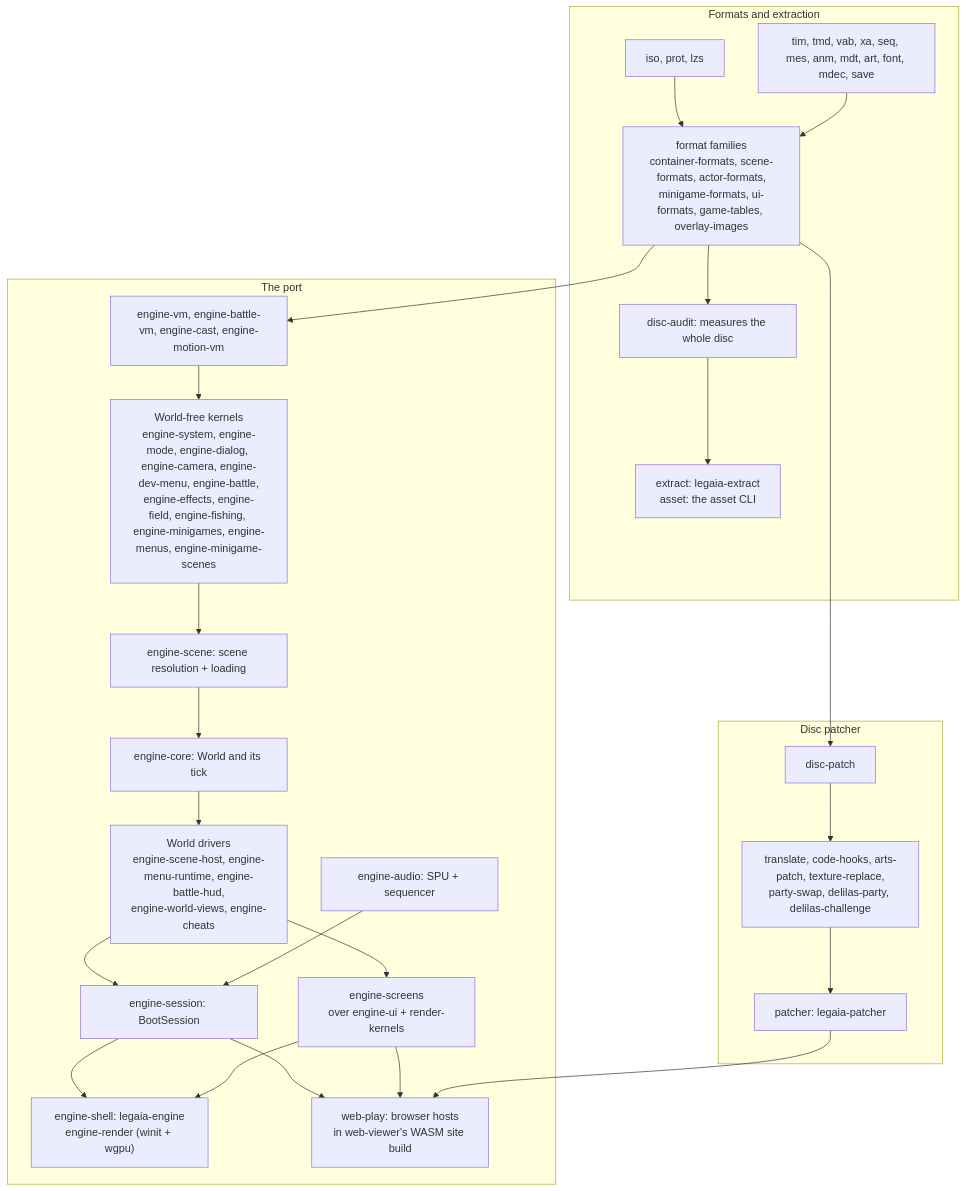
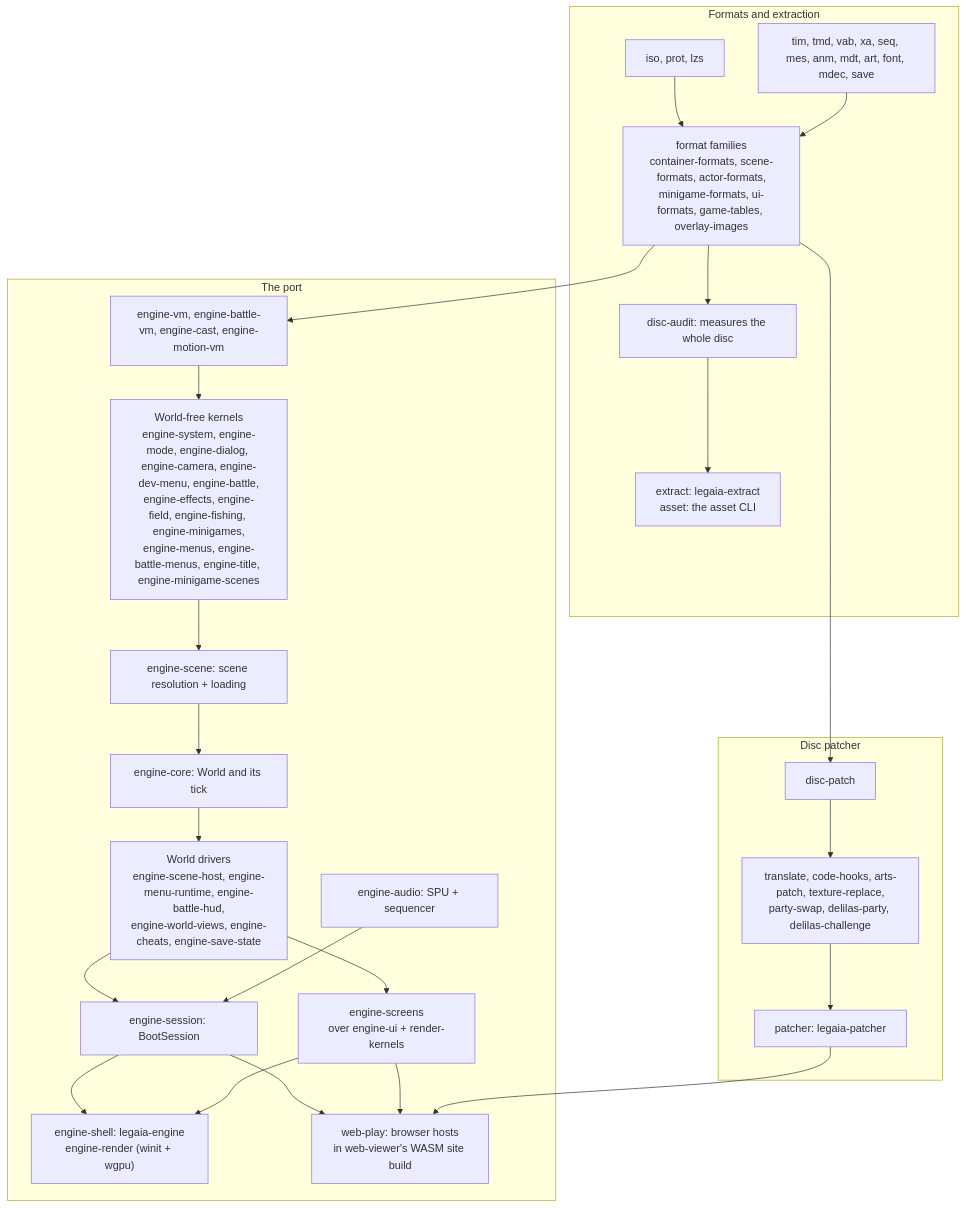
The second of 2 diagrams in docs/overview.md (AndrewAltimit/legend-of-legaia-re), drawn with Mermaid before and after one commit. The commit also changed other lines of this file and 662 other files, not shown here.

````diff
--- a/docs/overview.md
+++ b/docs/overview.md
@@ -80,44 +80,44 @@
 ```mermaid
 flowchart TD
     subgraph formats["Formats and extraction"]
         container["iso, prot, lzs"]
         hub["format families<br/>container-formats, scene-formats, actor-formats,<br/>minigame-formats, ui-formats, game-tables, overlay-images"]
         perfmt["tim, tmd, vab, xa, seq, mes, anm, mdt, art, font, mdec, save"]
         audit["disc-audit: measures the whole disc"]
         extract["extract: legaia-extract<br/>asset: the asset CLI"]
         container --> hub --> audit --> extract
         perfmt --> hub
     end
     subgraph port["The port"]
         vm["engine-vm, engine-battle-vm, engine-cast, engine-motion-vm"]
-        kernels["World-free kernels<br/>engine-system, engine-mode, engine-dialog, engine-camera, engine-dev-menu, engine-battle,<br/>engine-effects, engine-field, engine-fishing, engine-minigames, engine-menus, engine-minigame-scenes"]
+        kernels["World-free kernels<br/>engine-system, engine-mode, engine-dialog, engine-camera, engine-dev-menu, engine-battle,<br/>engine-effects, engine-field, engine-fishing, engine-minigames,<br/>engine-menus, engine-battle-menus, engine-title, engine-minigame-scenes"]
         scene["engine-scene: scene resolution + loading"]
         core["engine-core: World and its tick"]
-        drivers["World drivers<br/>engine-scene-host, engine-menu-runtime, engine-battle-hud,<br/>engine-world-views, engine-cheats"]
+        drivers["World drivers<br/>engine-scene-host, engine-menu-runtime, engine-battle-hud,<br/>engine-world-views, engine-cheats, engine-save-state"]
         audio["engine-audio: SPU + sequencer"]
         session["engine-session: BootSession"]
         present["engine-screens<br/>over engine-ui + render-kernels"]
         native["engine-shell: legaia-engine<br/>engine-render (winit + wgpu)"]
         web["web-play: browser hosts<br/>in web-viewer's WASM site build"]
         vm --> kernels
         kernels --> scene
         scene --> core
         core --> drivers
         drivers --> session
         audio --> session
         drivers --> present
         session --> native
         session --> web
         present --> native
         present --> web
     end
     subgraph mod["Disc patcher"]
         dp["disc-patch"]
         layers["translate, code-hooks, arts-patch, texture-replace,<br/>party-swap, delilas-party, delilas-challenge"]
         patcher["patcher: legaia-patcher"]
         dp --> layers --> patcher
     end
     hub --> vm
     hub --> dp
     patcher --> web
 ```
````
